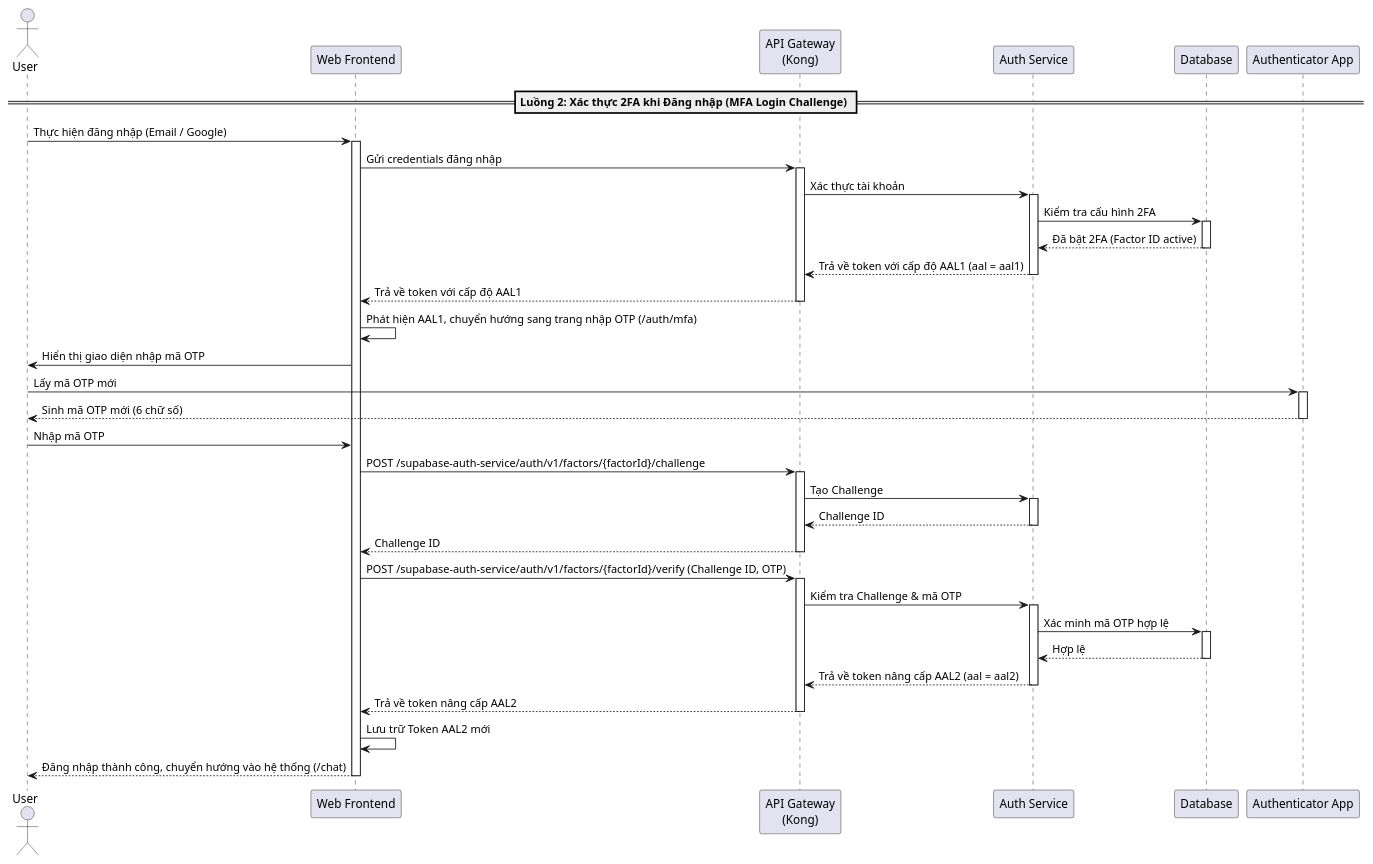
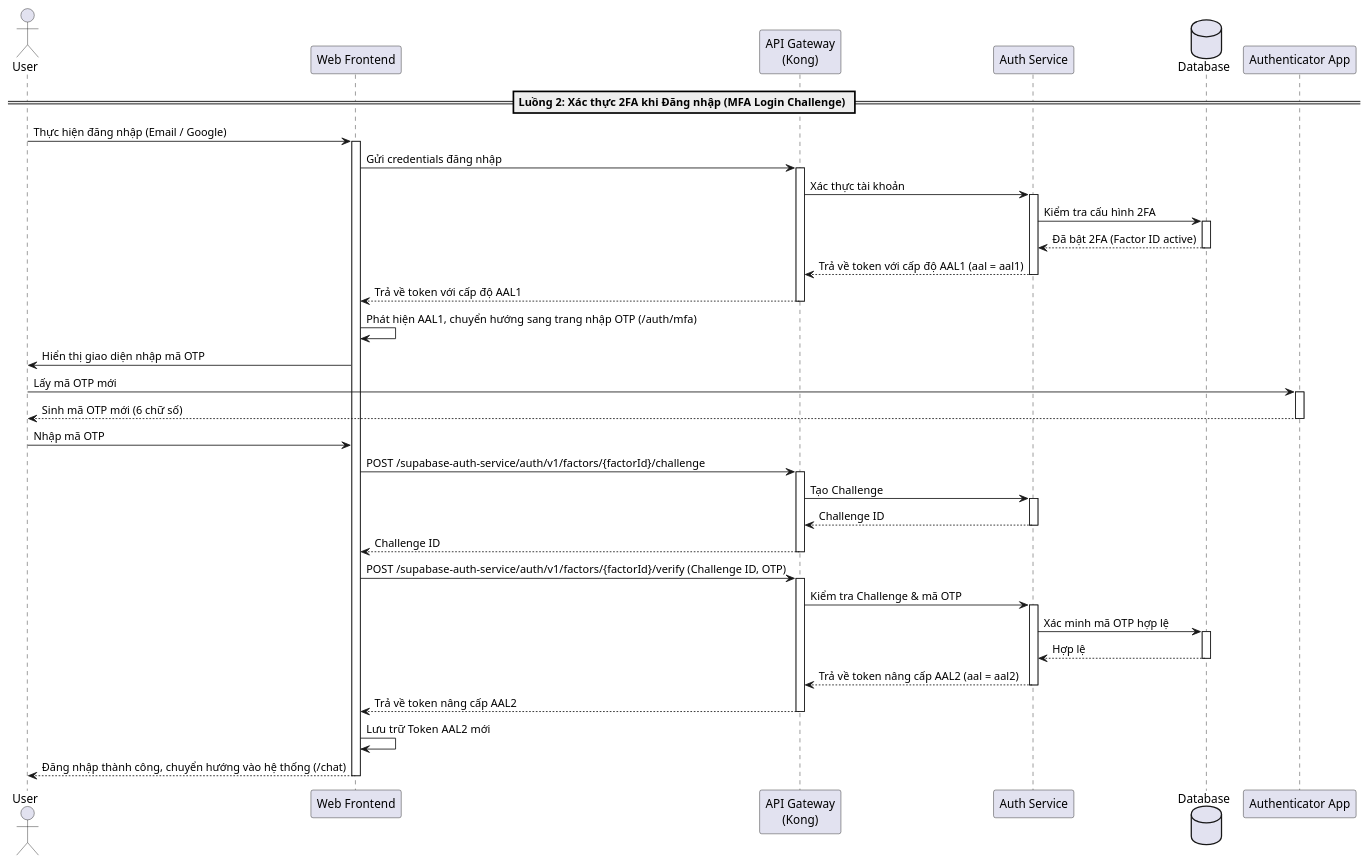
Before and after one commit to 20206205Tech/docs-uml: the diagram in temp/05-sequence/UML-Sequence-08.puml, drawn with PlantUML. The commit also changed 63 other files, not shown here.

```diff
--- a/temp/05-sequence/UML-Sequence-08.puml
+++ b/temp/05-sequence/UML-Sequence-08.puml
@@ -1,58 +1,58 @@
 @startuml
 actor "User" as User
 participant "Web Frontend" as Frontend
 participant "API Gateway\n(Kong)" as Kong
 participant "Auth Service" as AuthService
-participant "Database" as DB
+database "Database" as DB
 participant "Authenticator App" as AuthApp
 
 == Luồng 2: Xác thực 2FA khi Đăng nhập (MFA Login Challenge) ==
 User -> Frontend: Thực hiện đăng nhập (Email / Google)
 activate Frontend
 Frontend -> Kong: Gửi credentials đăng nhập
 activate Kong
 Kong -> AuthService: Xác thực tài khoản
 activate AuthService
 AuthService -> DB: Kiểm tra cấu hình 2FA
 activate DB
 DB --> AuthService: Đã bật 2FA (Factor ID active)
 deactivate DB
 AuthService --> Kong: Trả về token với cấp độ AAL1 (aal = aal1)
 deactivate AuthService
 Kong --> Frontend: Trả về token với cấp độ AAL1
 deactivate Kong
 
 Frontend -> Frontend: Phát hiện AAL1, chuyển hướng sang trang nhập OTP (/auth/mfa)
 Frontend -> User: Hiển thị giao diện nhập mã OTP
 User -> AuthApp: Lấy mã OTP mới
 activate AuthApp
 AuthApp --> User: Sinh mã OTP mới (6 chữ số)
 deactivate AuthApp
 
 User -> Frontend: Nhập mã OTP
 Frontend -> Kong: POST /supabase-auth-service/auth/v1/factors/{factorId}/challenge
 activate Kong
 Kong -> AuthService: Tạo Challenge
 activate AuthService
 AuthService --> Kong: Challenge ID
 deactivate AuthService
 Kong --> Frontend: Challenge ID
 deactivate Kong
 
 Frontend -> Kong: POST /supabase-auth-service/auth/v1/factors/{factorId}/verify (Challenge ID, OTP)
 activate Kong
 Kong -> AuthService: Kiểm tra Challenge & mã OTP
 activate AuthService
 AuthService -> DB: Xác minh mã OTP hợp lệ
 activate DB
 DB --> AuthService: Hợp lệ
 deactivate DB
 AuthService --> Kong: Trả về token nâng cấp AAL2 (aal = aal2)
 deactivate AuthService
 Kong --> Frontend: Trả về token nâng cấp AAL2
 deactivate Kong
 
 Frontend -> Frontend: Lưu trữ Token AAL2 mới
 Frontend --> User: Đăng nhập thành công, chuyển hướng vào hệ thống (/chat)
 deactivate Frontend
 @enduml
```
